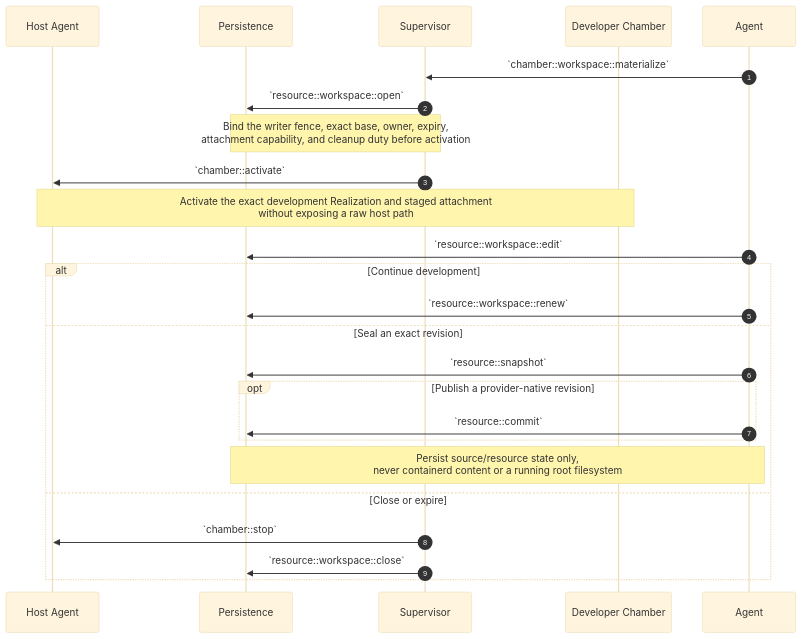
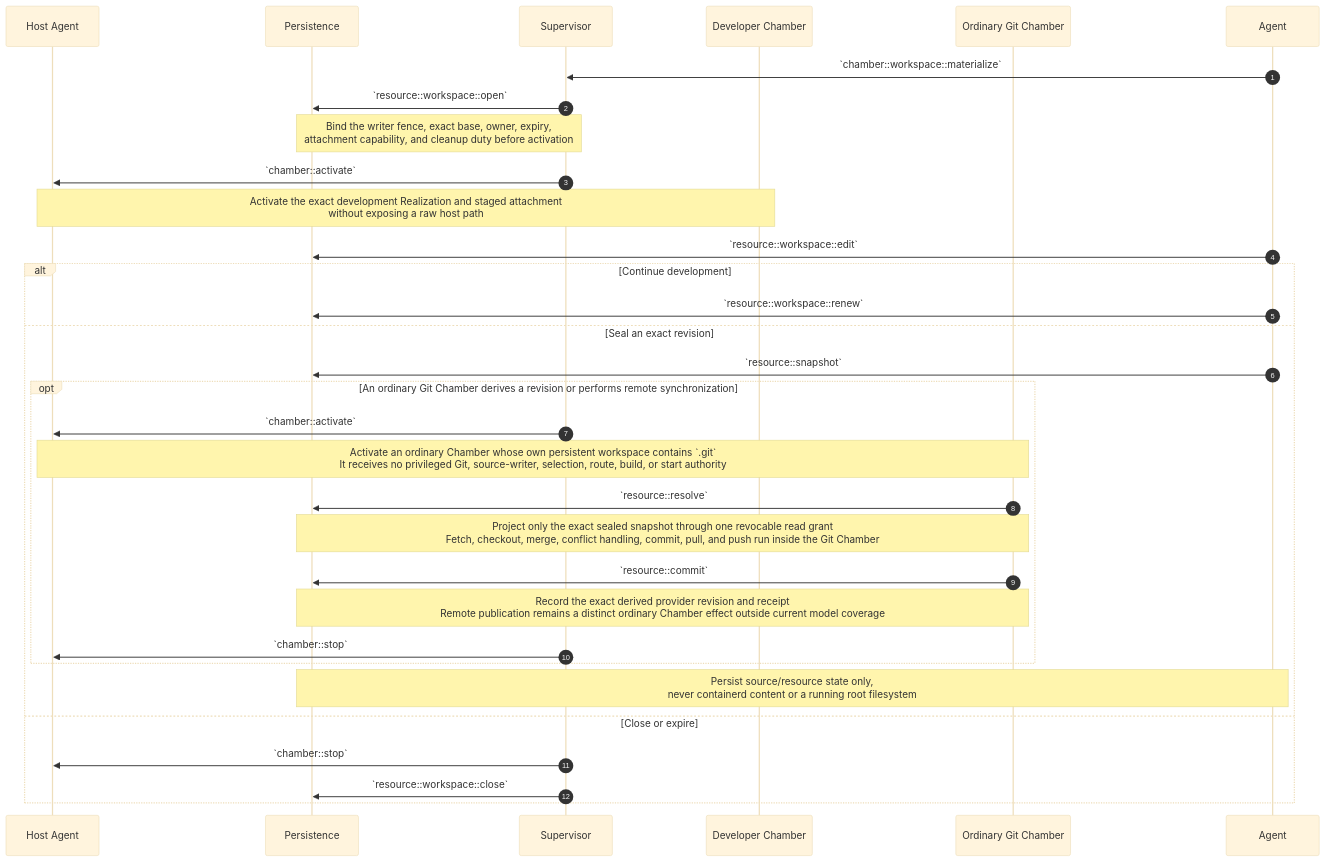
The ninth of 18 diagrams in source/chambers-lifecycle-sequences.md (dreamcatcher-tech/chambers-lifecycle-explorer), drawn with Mermaid (base theme) before and after one commit. The commit also changed other lines of this file and 13 other files, not shown here.

````diff
--- a/source/chambers-lifecycle-sequences.md
+++ b/source/chambers-lifecycle-sequences.md
@@ -804,29 +813,36 @@
 ```mermaid
 sequenceDiagram
     autonumber
     participant HostAgent as Host Agent
     participant Persistence
     participant Supervisor
     participant Developer as Developer Chamber
+    participant GitChamber as Ordinary Git Chamber
     participant Agent
 
     Agent->>Supervisor: `chamber::workspace::materialize`
     Supervisor->>Persistence: `resource::workspace::open`
     Note over Supervisor,Persistence: Bind the writer fence, exact base, owner, expiry,<br/>attachment capability, and cleanup duty before activation
     Supervisor->>HostAgent: `chamber::activate`
     Note over HostAgent,Developer: Activate the exact development Realization and staged attachment<br/>without exposing a raw host path
     Agent->>Persistence: `resource::workspace::edit`
 
     alt Continue development
         Agent->>Persistence: `resource::workspace::renew`
     else Seal an exact revision
         Agent->>Persistence: `resource::snapshot`
-        opt Publish a provider-native revision
-            Agent->>Persistence: `resource::commit`
+        opt An ordinary Git Chamber derives a revision or performs remote synchronization
+            Supervisor->>HostAgent: `chamber::activate`
+            Note over HostAgent,GitChamber: Activate an ordinary Chamber whose own persistent workspace contains `.git`<br/>It receives no privileged Git, source-writer, selection, route, build, or start authority
+            GitChamber->>Persistence: `resource::resolve`
+            Note over Persistence,GitChamber: Project only the exact sealed snapshot through one revocable read grant<br/>Fetch, checkout, merge, conflict handling, commit, pull, and push run inside the Git Chamber
+            GitChamber->>Persistence: `resource::commit`
+            Note over GitChamber,Persistence: Record the exact derived provider revision and receipt<br/>Remote publication remains a distinct ordinary Chamber effect outside current model coverage
+            Supervisor->>HostAgent: `chamber::stop`
         end
         Note over Agent,Persistence: Persist source/resource state only,<br/>never containerd content or a running root filesystem
     else Close or expire
         Supervisor->>HostAgent: `chamber::stop`
         Supervisor->>Persistence: `resource::workspace::close`
     end
 ```
````
